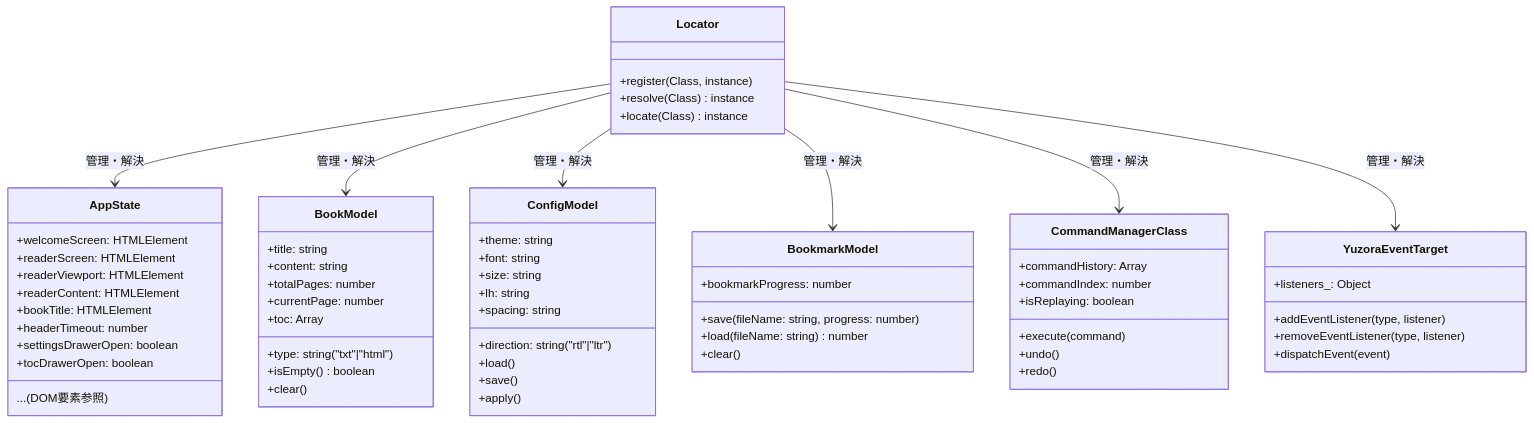
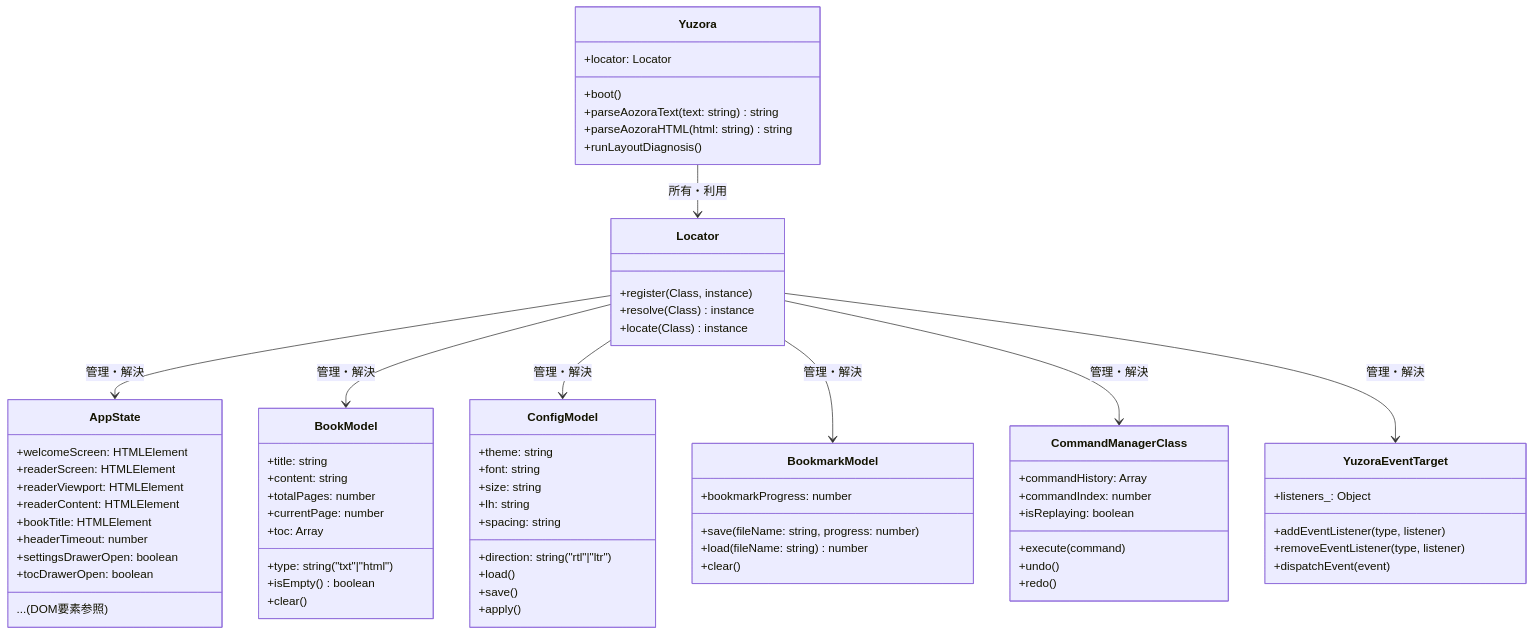
The diagram in docs/backlogs/029-consolidate-class-design-belonging-properties.md (rokujyouhitoma/yuzora), drawn with Mermaid before and after one commit. The commit also changed other lines of this file, not shown here.

Commit message:
docs(backlog): add Yuzora application orchestrator class to backlog 029 (ID: 029)

````diff
--- a/docs/backlogs/029-consolidate-class-design-belonging-properties.md
+++ b/docs/backlogs/029-consolidate-class-design-belonging-properties.md
@@ -35,68 +35,76 @@
 ```mermaid
 classDiagram
     direction TB
+    class Yuzora {
+        +locator: Locator
+        +boot()
+        +parseAozoraText(text: string) string
+        +parseAozoraHTML(html: string) string
+        +runLayoutDiagnosis()
+    }
     class Locator {
         +register(Class, instance)
         +resolve(Class) instance
         +locate(Class) instance
     }
     class AppState {
         +welcomeScreen: HTMLElement
         +readerScreen: HTMLElement
         +readerViewport: HTMLElement
         +readerContent: HTMLElement
         +bookTitle: HTMLElement
         ... (DOM要素参照)
         +headerTimeout: number
         +settingsDrawerOpen: boolean
         +tocDrawerOpen: boolean
     }
     class BookModel {
         +title: string
         +content: string
         +type: string ("txt"|"html")
         +totalPages: number
         +currentPage: number
         +toc: Array
         +isEmpty() boolean
         +clear()
     }
     class ConfigModel {
         +theme: string
         +font: string
         +size: string
         +lh: string
         +spacing: string
         +direction: string ("rtl"|"ltr")
         +load()
         +save()
         +apply()
     }
     class BookmarkModel {
         +bookmarkProgress: number
         +save(fileName: string, progress: number)
         +load(fileName: string) number
         +clear()
     }
     class CommandManagerClass {
         +commandHistory: Array
         +commandIndex: number
         +isReplaying: boolean
         +execute(command)
         +undo()
         +redo()
     }
     class YuzoraEventTarget {
         +listeners_: Object
         +addEventListener(type, listener)
         +removeEventListener(type, listener)
         +dispatchEvent(event)
     }
 
+    Yuzora --> Locator : 所有・利用
     Locator --> AppState : 管理・解決
     Locator --> BookModel : 管理・解決
     Locator --> ConfigModel : 管理・解決
     Locator --> BookmarkModel : 管理・解決
     Locator --> CommandManagerClass : 管理・解決
     Locator --> YuzoraEventTarget : 管理・解決
 ```
````
